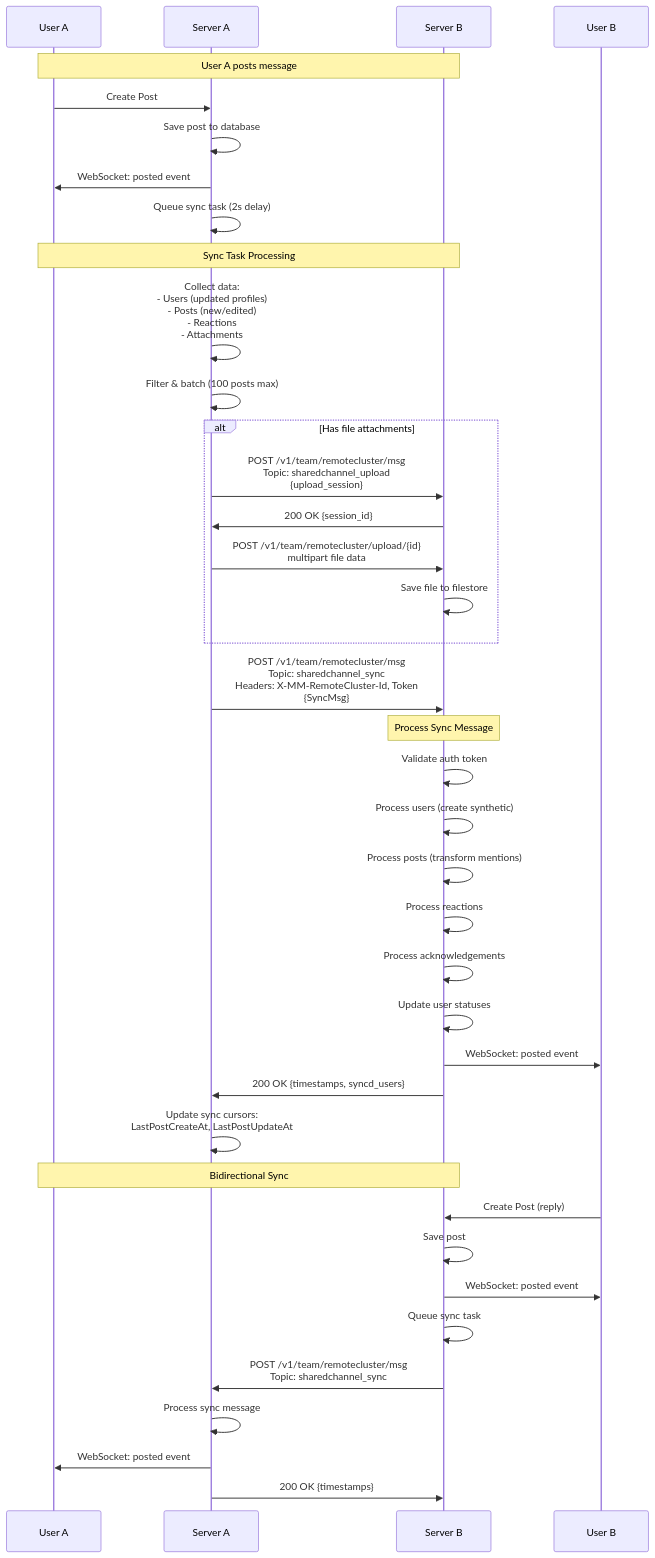
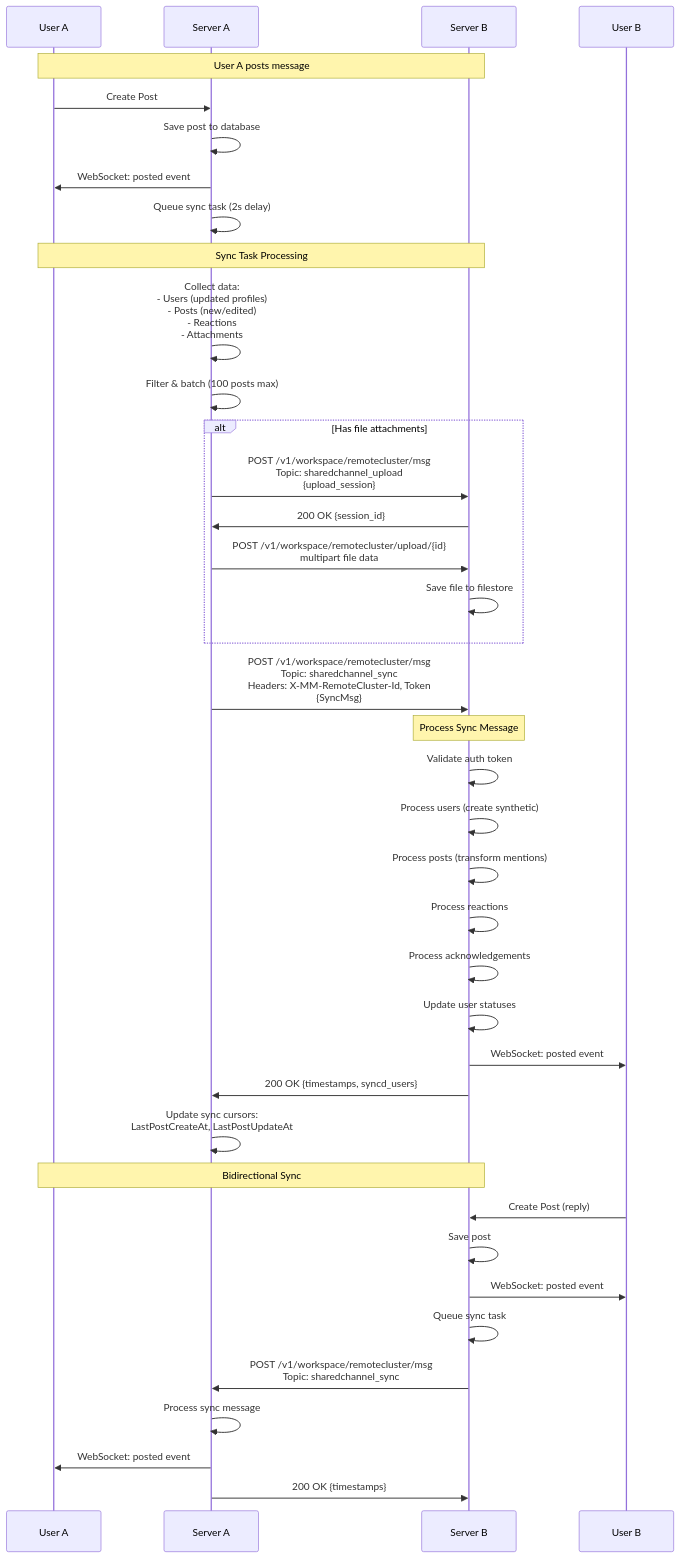
Before and after one commit to hanzoai/team: the fifth of 7 diagrams in server/platform/services/sharedchannel/README.md, drawn with Mermaid. The commit also changed other lines of this file and 139 other files, not shown here.

````diff
--- a/server/platform/services/sharedchannel/README.md
+++ b/server/platform/services/sharedchannel/README.md
@@ -263,47 +263,47 @@
 ```mermaid
 sequenceDiagram
     participant UA as User A
     participant SA as Server A
     participant SB as Server B
     participant UB as User B
 
     Note over UA,SB: User A posts message
     UA->>SA: Create Post
     SA->>SA: Save post to database
     SA->>UA: WebSocket: posted event
     SA->>SA: Queue sync task (2s delay)
 
     Note over UA,SB: Sync Task Processing
     SA->>SA: Collect data:<br/>- Users (updated profiles)<br/>- Posts (new/edited)<br/>- Reactions<br/>- Attachments
     SA->>SA: Filter & batch (100 posts max)
 
     alt Has file attachments
-        SA->>SB: POST /v1/team/remotecluster/msg<br/>Topic: sharedchannel_upload<br/>{upload_session}
+        SA->>SB: POST /v1/workspace/remotecluster/msg<br/>Topic: sharedchannel_upload<br/>{upload_session}
         SB->>SA: 200 OK {session_id}
-        SA->>SB: POST /v1/team/remotecluster/upload/{id}<br/>multipart file data
+        SA->>SB: POST /v1/workspace/remotecluster/upload/{id}<br/>multipart file data
         SB->>SB: Save file to filestore
     end
 
-    SA->>SB: POST /v1/team/remotecluster/msg<br/>Topic: sharedchannel_sync<br/>Headers: X-MM-RemoteCluster-Id, Token<br/>{SyncMsg}
+    SA->>SB: POST /v1/workspace/remotecluster/msg<br/>Topic: sharedchannel_sync<br/>Headers: X-MM-RemoteCluster-Id, Token<br/>{SyncMsg}
 
     Note over SB: Process Sync Message
     SB->>SB: Validate auth token
     SB->>SB: Process users (create synthetic)
     SB->>SB: Process posts (transform mentions)
     SB->>SB: Process reactions
     SB->>SB: Process acknowledgements
     SB->>SB: Update user statuses
     SB->>UB: WebSocket: posted event
     SB->>SA: 200 OK {timestamps, syncd_users}
     SA->>SA: Update sync cursors:<br/>LastPostCreateAt, LastPostUpdateAt
 
     Note over UA,SB: Bidirectional Sync
     UB->>SB: Create Post (reply)
     SB->>SB: Save post
     SB->>UB: WebSocket: posted event
     SB->>SB: Queue sync task
-    SB->>SA: POST /v1/team/remotecluster/msg<br/>Topic: sharedchannel_sync
+    SB->>SA: POST /v1/workspace/remotecluster/msg<br/>Topic: sharedchannel_sync
     SA->>SA: Process sync message
     SA->>UA: WebSocket: posted event
     SA->>SB: 200 OK {timestamps}
 ```
````
